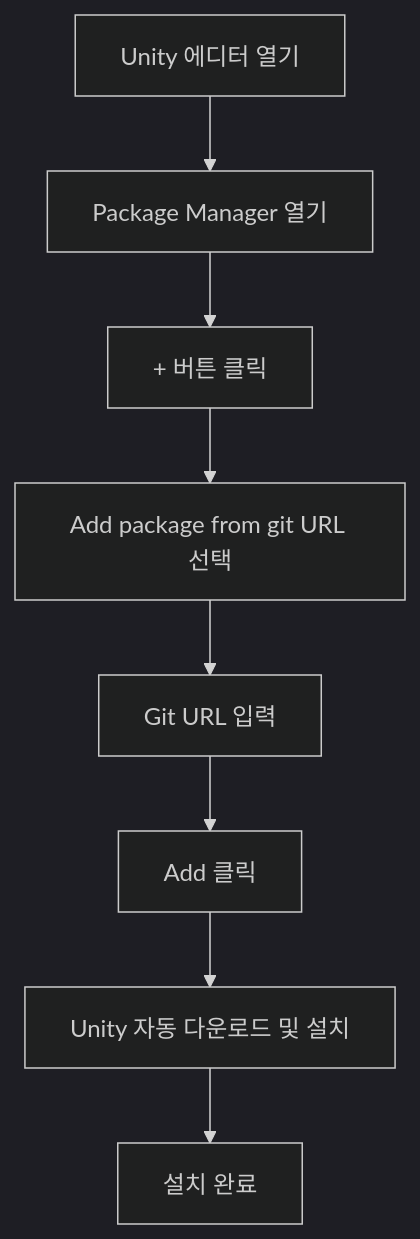
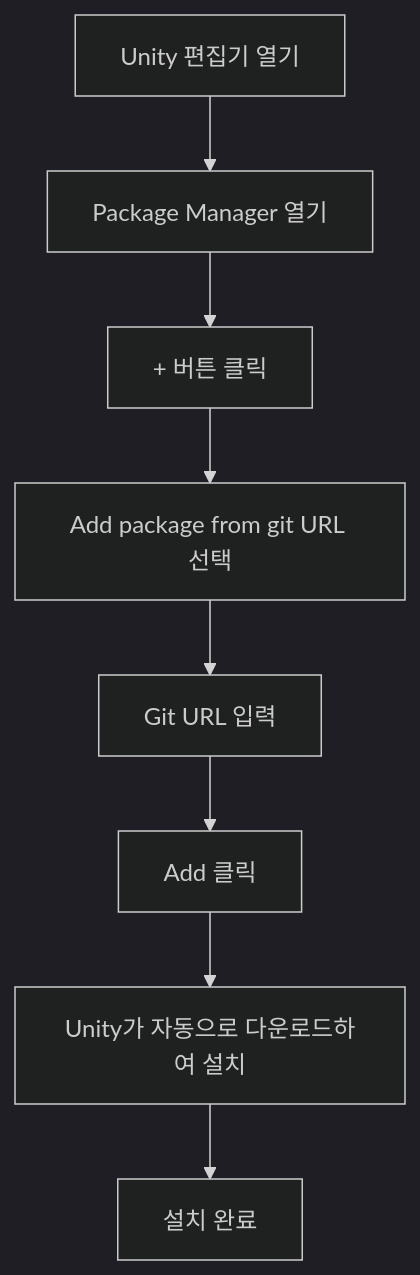
The diagram in docs/ko/client/unity/component/config/02.installation.md (AlianBlank/GameFrameX.Docs), drawn with Mermaid (dark theme) before and after one commit. The commit also changed other lines of this file and 603 other files, not shown here.

````diff
--- a/docs/ko/client/unity/component/config/02.installation.md
+++ b/docs/ko/client/unity/component/config/02.installation.md
@@ -60,10 +59,10 @@
 ```mermaid
 flowchart TD
-    A[Unity 에디터 열기] --> B[Package Manager 열기]
+    A[Unity 편집기 열기] --> B[Package Manager 열기]
     B --> C[+ 버튼 클릭]
     C --> D[Add package from git URL 선택]
     D --> E[Git URL 입력]
     E --> F[Add 클릭]
-    F --> G[Unity 자동 다운로드 및 설치]
+    F --> G[Unity가 자동으로 다운로드하여 설치]
     G --> H[설치 완료]
 ```
````
